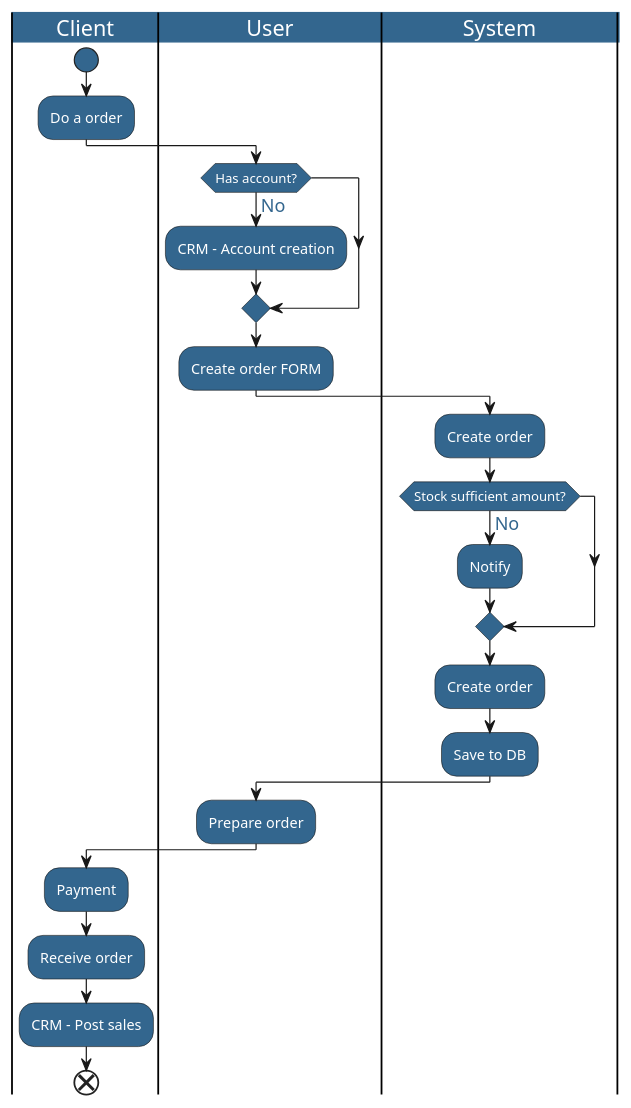
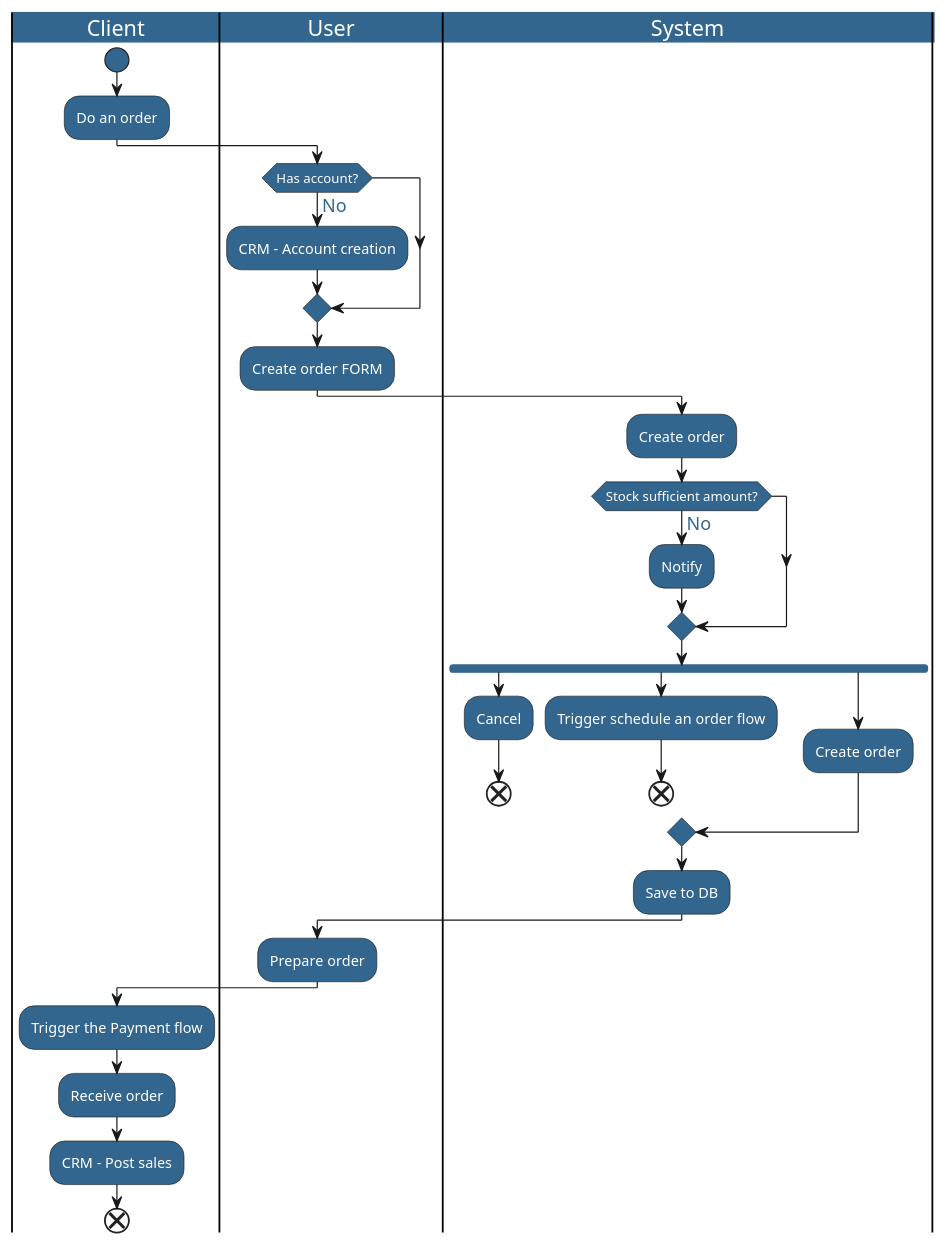
Before and after one commit to ines-erp/knowledgebase: the diagram in Diagrams/GettingStarted/Sales/sales_flow.puml, drawn with PlantUML.

Commit message:
Adding a fork after stock checking

```diff
--- a/Diagrams/GettingStarted/Sales/sales_flow.puml
+++ b/Diagrams/GettingStarted/Sales/sales_flow.puml
@@ -1,52 +1,63 @@
 @startuml
 <style>
 activityDiagram {
   BackgroundColor #33668E
   FontColor #fff
 }
 
 arrow {
 FontColor #33668E
 FontName arial
 FontSize 15
 
 }
 
 
 document {
     BackgroundColor Transparent
 }
 </style>
 
 |Client|
 start
-:Do a order;
+:Do an order;
 
 |User|
 if (Has account?) is (No) then
 :CRM - Account creation;
 endif
 
 :Create order FORM;
 
 |System|
 :Create order;
 
 if (Stock sufficient amount?) is (No) then
   :Notify;
 endif
 
+fork
+:Cancel;
+end
+
+fork again
+:Trigger schedule an order flow;
+end
+
+fork again
 :Create order;
+end merge
+
 :Save to DB;
 
 |User|
 :Prepare order;
 
 |Client|
-:Payment;
+:Trigger the Payment flow;
 :Receive order;
 :CRM - Post sales;
 
 end
 
 @enduml
```
